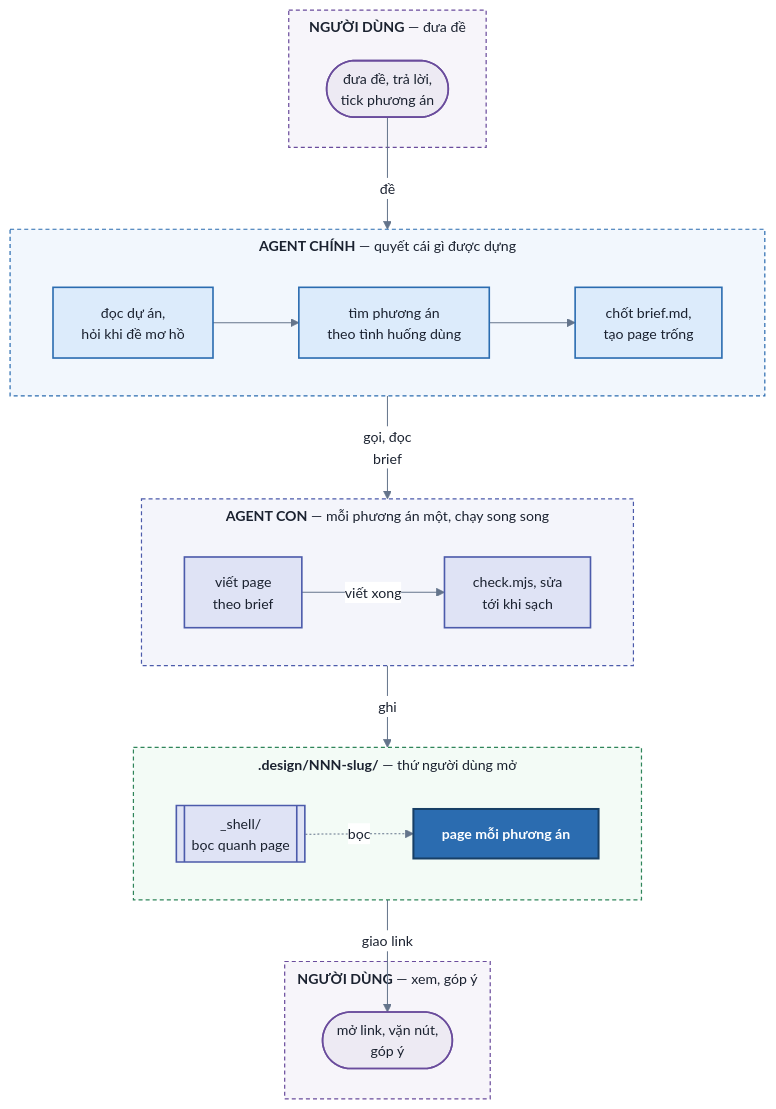
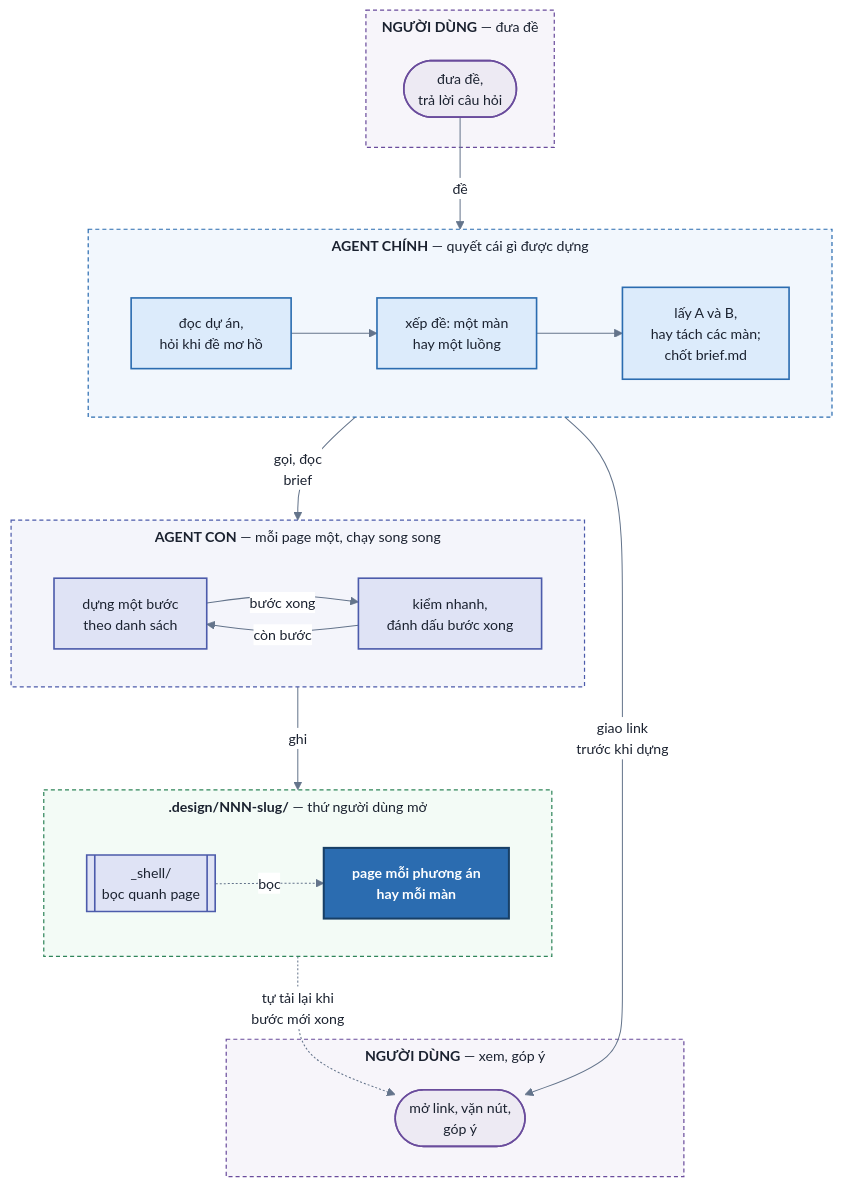
One commit to namitfruits/skills changed the third of 3 diagrams in skills/design-uiux/SPEC.md. Above: the diagram before and after it, drawn with Mermaid. The commit also changed other lines of this file and 55 other files, not shown here.

````diff
--- a/skills/design-uiux/SPEC.md
+++ b/skills/design-uiux/SPEC.md
@@ -230,48 +294,50 @@
 ```mermaid
 %%{init: {'theme':'base','themeVariables':{'fontSize':'14px','titleColor':'#1b2230','textColor':'#1b2230','nodeTextColor':'#1b2230','lineColor':'#64748b','edgeLabelBackground':'#ffffff','clusterBkg':'#F7F8FA','clusterBorder':'#8a93a5'},'flowchart':{'curve':'basis','nodeSpacing':55,'rankSpacing':60,'padding':14,'subGraphTitleMargin':{'top':6,'bottom':14}}}}%%
 flowchart TB
   subgraph WHO["`**NGƯỜI DÙNG** — đưa đề`"]
-    U1(["đưa đề, trả lời,<br/>tick phương án"])
+    U1(["đưa đề,<br/>trả lời câu hỏi"])
   end
   subgraph MAIN["`**AGENT CHÍNH** — quyết cái gì được dựng`"]
     direction LR
     A1["đọc dự án,<br/>hỏi khi đề mơ hồ"]
-    A2["tìm phương án<br/>theo tình huống dùng"]
-    A3["chốt brief.md,<br/>tạo page trống"]
+    A2["xếp đề: một màn<br/>hay một luồng"]
+    A3["lấy A và B,<br/>hay tách các màn;<br/>chốt brief.md"]
     A1 --> A2 --> A3
   end
-  subgraph SUB["`**AGENT CON** — mỗi phương án một, chạy song song`"]
+  subgraph SUB["`**AGENT CON** — mỗi page một, chạy song song`"]
     direction LR
-    C1["viết page<br/>theo brief"]
-    C2["check.mjs, sửa<br/>tới khi sạch"]
-    C1 -->|"viết xong"| C2
+    C1["dựng một bước<br/>theo danh sách"]
+    C2["kiểm nhanh,<br/>đánh dấu bước xong"]
+    C1 -->|"bước xong"| C2
+    C2 -->|"còn bước"| C1
   end
   subgraph DIR["`**.design/NNN-slug/** — thứ người dùng mở`"]
     direction LR
     S[["_shell/<br/>bọc quanh page"]]
-    P["page mỗi phương án"]
+    P["page mỗi phương án<br/>hay mỗi màn"]
     S -.->|"bọc"| P
   end
   subgraph VIEW["`**NGƯỜI DÙNG** — xem, góp ý`"]
     U2(["mở link, vặn nút,<br/>góp ý"])
   end
   U1 -->|"đề"| A1
   A3 -->|"gọi, đọc<br/>brief"| C1
+  A3 -->|"giao link<br/>trước khi dựng"| U2
   C1 -->|"ghi"| P
-  P -->|"giao link"| U2
+  P -.->|"tự tải lại khi<br/>bước mới xong"| U2
   linkStyle default color:#1b2230
 
   classDef actor fill:#EDEAF3,stroke:#6a4c9c,stroke-width:1.6px,color:#1b2230
   classDef fe    fill:#DCEBFB,stroke:#2b6cb0,stroke-width:1.6px,color:#1b2230
   classDef svc   fill:#DFE3F5,stroke:#4c5bab,stroke-width:1.6px,color:#1b2230
   classDef core  fill:#2b6cb0,stroke:#173f66,stroke-width:2px,color:#ffffff,font-weight:bold
   class U1,U2 actor
   class A1,A2,A3 fe
   class C1,C2,S svc
   class P core
   style WHO fill:#F7F5FA,stroke:#6a4c9c,stroke-width:1.2px,stroke-dasharray: 4 3
   style MAIN fill:#F2F7FD,stroke:#2b6cb0,stroke-width:1.2px,stroke-dasharray: 4 3
   style SUB fill:#F4F5FB,stroke:#4c5bab,stroke-width:1.2px,stroke-dasharray: 4 3
   style DIR fill:#F3FBF6,stroke:#2f855a,stroke-width:1.2px,stroke-dasharray: 4 3
   style VIEW fill:#F7F5FA,stroke:#6a4c9c,stroke-width:1.2px,stroke-dasharray: 4 3
 ```
````
